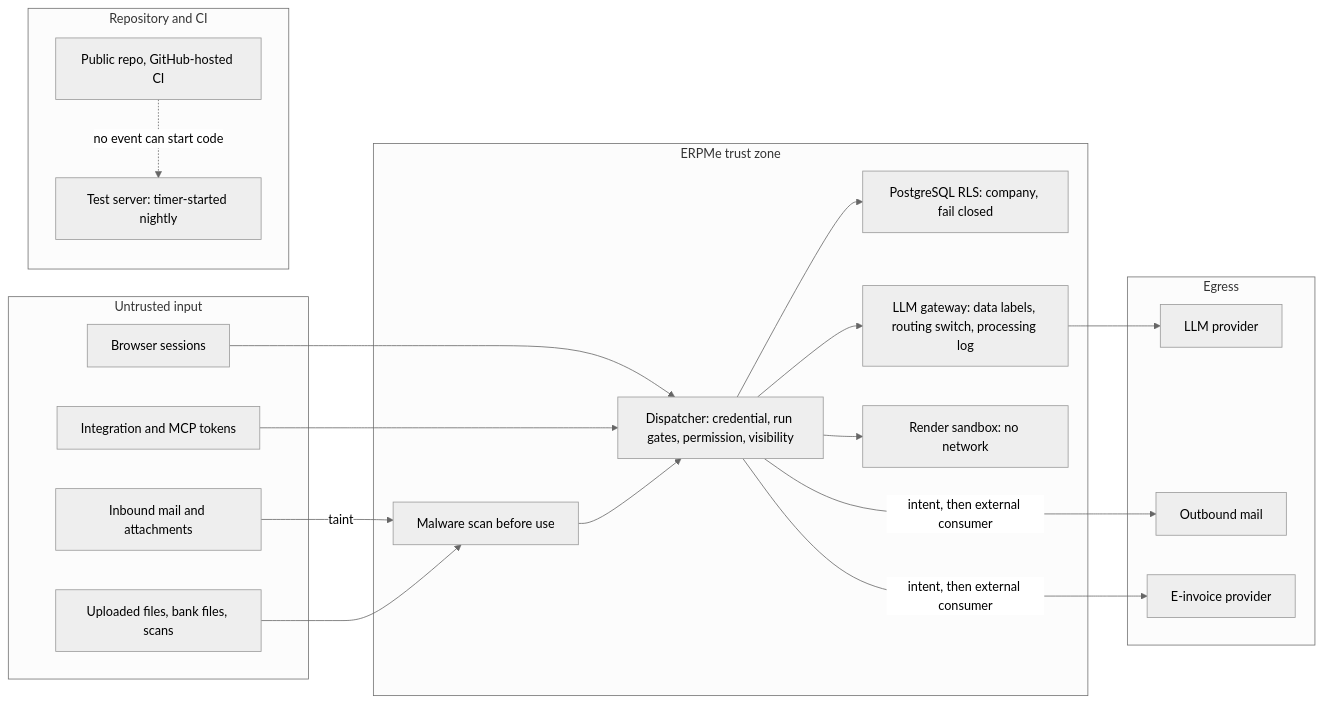
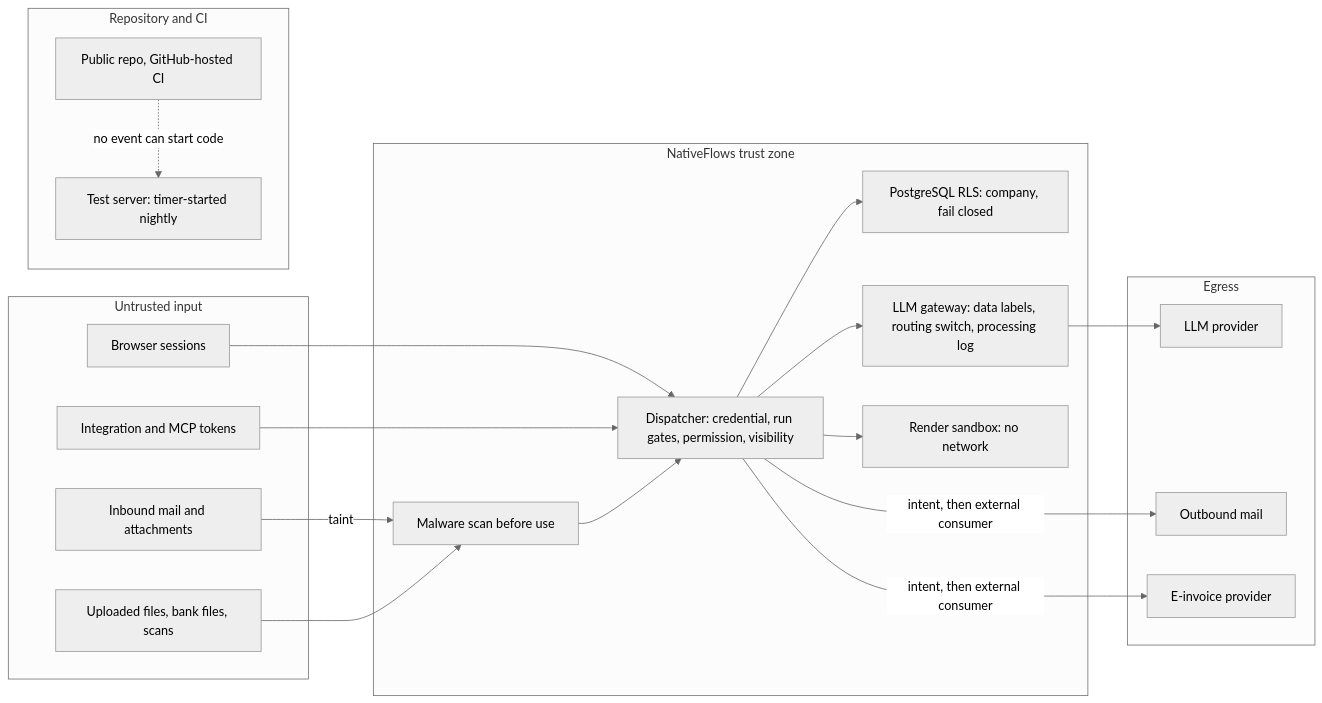
Diagram 11 of 11 in docs/design/architecture-overview.md (AnGaudium/ERPMe), drawn with Mermaid (neutral theme) before and after one commit. The commit also changed other lines of this file and 173 other files, not shown here.

First line of the commit message:
Rename the system from ERPMe to NativeFlows

````diff
--- a/docs/design/architecture-overview.md
+++ b/docs/design/architecture-overview.md
@@ -509,37 +509,37 @@
 ```mermaid
 flowchart LR
   subgraph Untrusted["Untrusted input"]
     WEB["Browser sessions"]
     TOK["Integration and MCP tokens"]
     MAILIN["Inbound mail and attachments"]
     FILES["Uploaded files, bank files, scans"]
   end
-  subgraph Core["ERPMe trust zone"]
+  subgraph Core["NativeFlows trust zone"]
     DISP["Dispatcher: credential, run gates, permission, visibility"]
     RLS["PostgreSQL RLS: company, fail closed"]
     GW["LLM gateway: data labels, routing switch, processing log"]
     SB["Render sandbox: no network"]
     SC["Malware scan before use"]
   end
   subgraph Out["Egress"]
     LLMP["LLM provider"]
     SMTP["Outbound mail"]
     EI["E-invoice provider"]
   end
   subgraph Supply["Repository and CI"]
     GH["Public repo, GitHub-hosted CI"]
     TS["Test server: timer-started nightly"]
   end
   WEB --> DISP
   TOK --> DISP
   MAILIN -->|"taint"| SC
   FILES --> SC
   SC --> DISP
   DISP --> RLS
   DISP --> GW
   GW --> LLMP
   DISP -->|"intent, then external consumer"| SMTP
   DISP -->|"intent, then external consumer"| EI
   DISP --> SB
   GH -.->|"no event can start code"| TS
 ```
````
